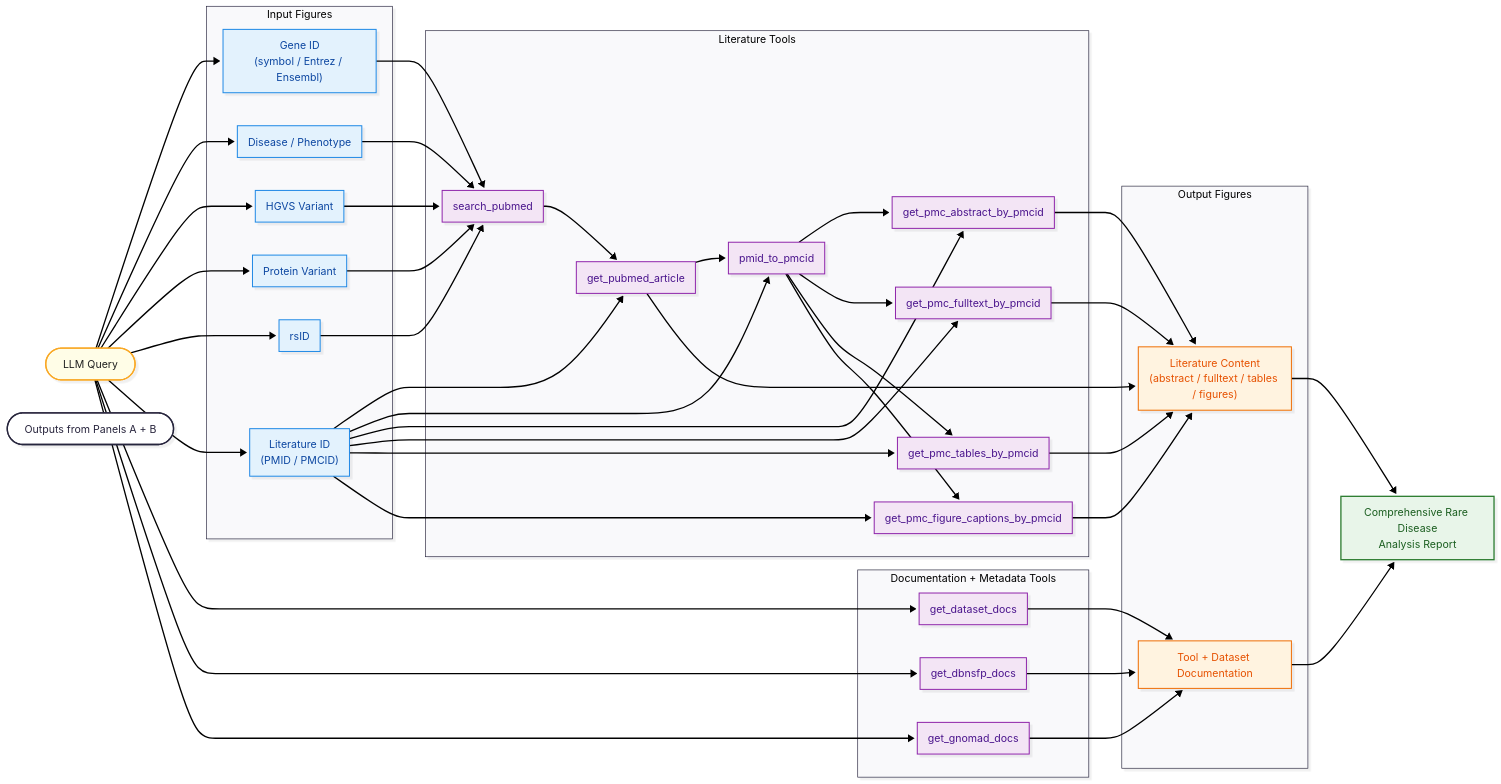
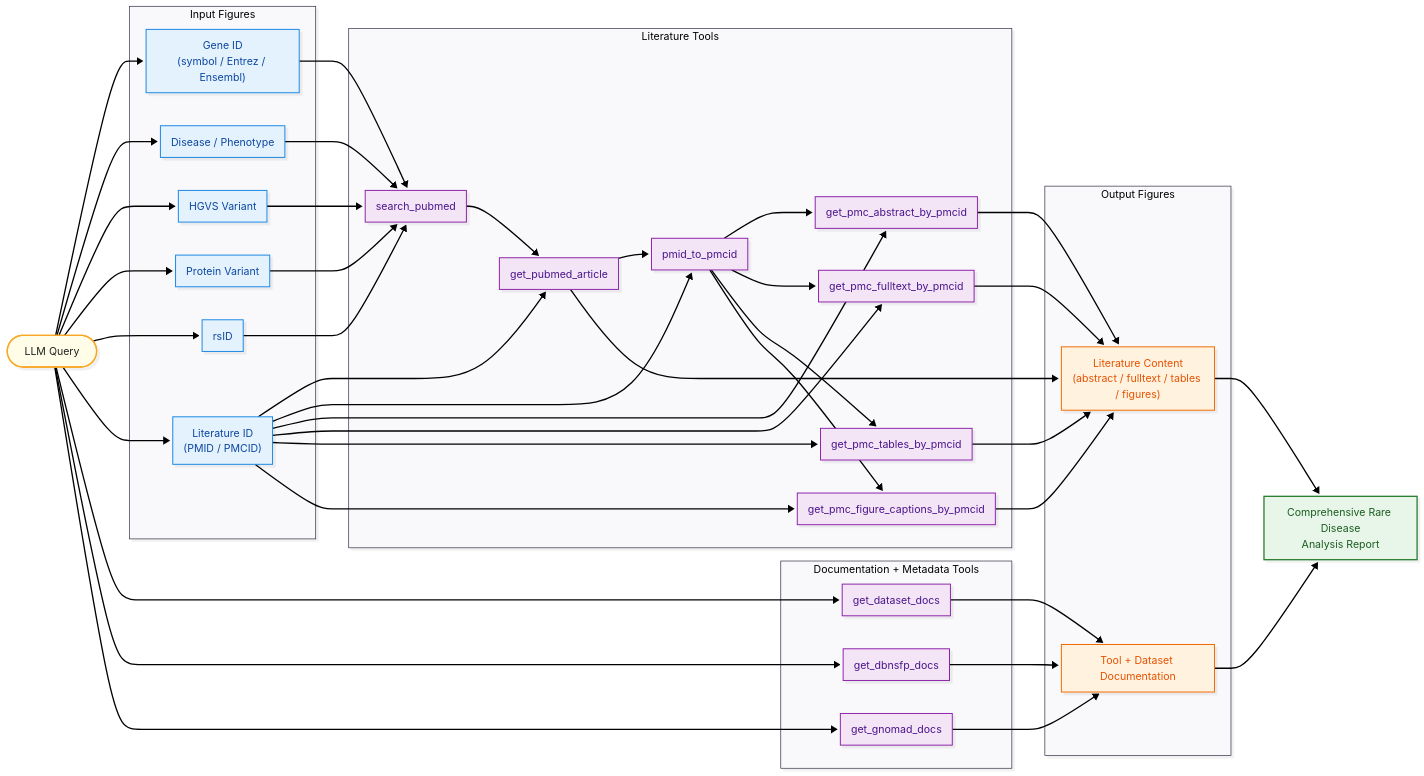
One commit to hyunhwan-bcm/MARRVEL_MCP changed the third of 3 diagrams in docs/TOOL_RELATIONSHIPS_DETAILED.md. Above: the diagram before and after it, drawn with Mermaid.

Commit message:
Remove Outputs from Panels A & B section
Removed the Outputs from Panels A & B section.

```diff
--- a/docs/TOOL_RELATIONSHIPS_DETAILED.md
+++ b/docs/TOOL_RELATIONSHIPS_DETAILED.md
@@ -253,8 +253,6 @@
         O_literature["Literature Content<br/>(abstract / fulltext / tables / figures)"]
         O_docs["Tool + Dataset Documentation"]
     end
-
-    Panel_AB(["Outputs from Panels A + B"])
 
     R["Comprehensive Rare Disease<br/>Analysis Report"]
 
```
